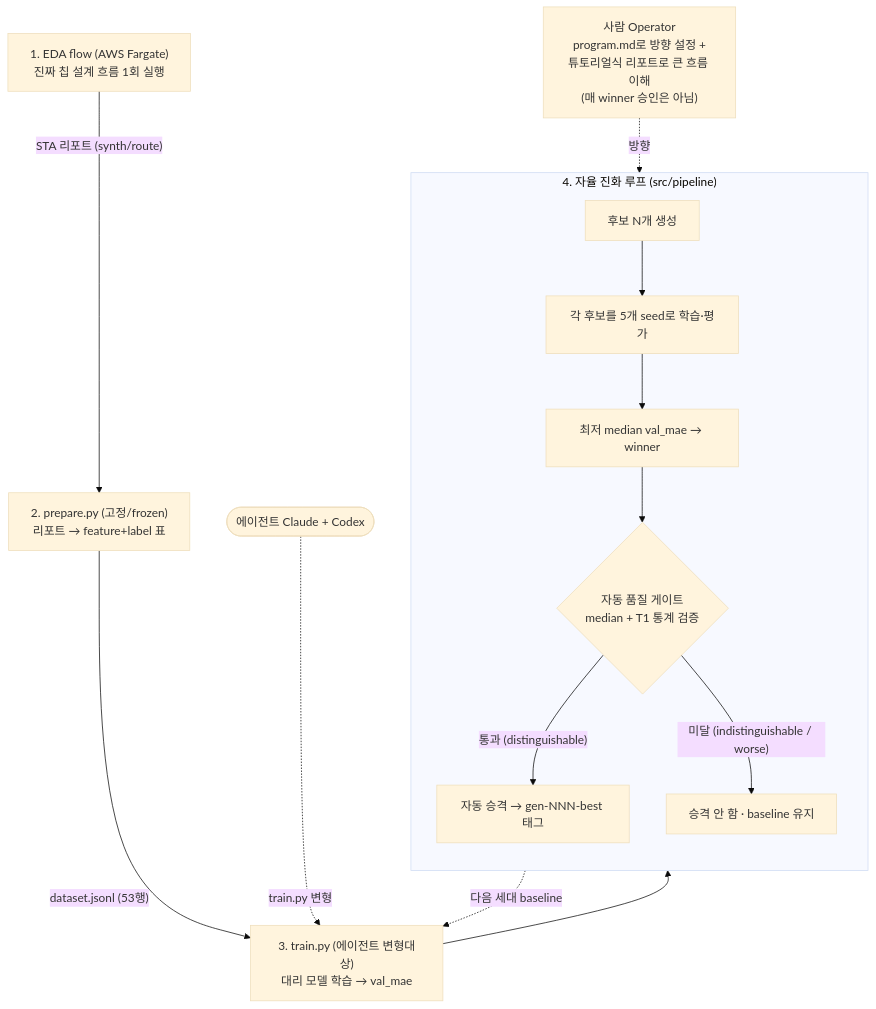
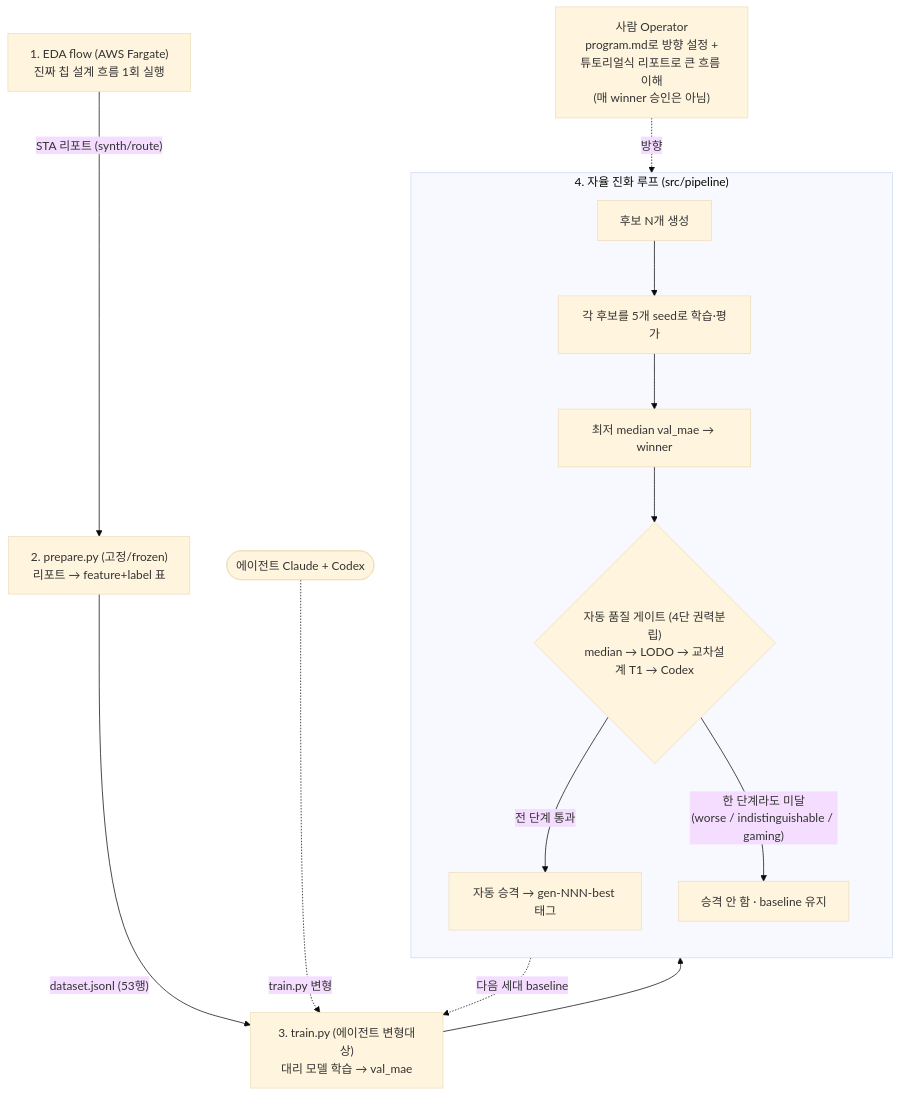
The diagram in README.md (roboco-io/semiconductor-design), drawn with Mermaid (base theme) before and after one commit. The commit also changed other lines of this file and 2 other files, not shown here.

First line of the commit message:
docs(reader): 독자용 문서를 gen-008·4단 게이트까지 정합

````diff
--- a/README.md
+++ b/README.md
@@ -30,25 +30,25 @@
 ```mermaid
 flowchart TD
     A["1. EDA flow (AWS Fargate)<br/>진짜 칩 설계 흐름 1회 실행"]
     B["2. prepare.py (고정/frozen)<br/>리포트 → feature+label 표"]
     C["3. train.py (에이전트 변형대상)<br/>대리 모델 학습 → val_mae"]
     AG(["에이전트 Claude + Codex"])
     OP["사람 Operator<br/>program.md로 방향 설정 +<br/>튜토리얼식 리포트로 큰 흐름 이해<br/>(매 winner 승인은 아님)"]
 
     A -->|"STA 리포트 (synth/route)"| B
     B -->|"dataset.jsonl (53행)"| C
     AG -.->|"train.py 변형"| C
 
     subgraph D["4. 자율 진화 루프 (src/pipeline)"]
         direction TB
         D1["후보 N개 생성"] --> D2["각 후보를 5개 seed로 학습·평가"]
         D2 --> D3["최저 median val_mae → winner"]
-        D3 --> D4{"자동 품질 게이트<br/>median + T1 통계 검증"}
-        D4 -->|"통과 (distinguishable)"| D5["자동 승격 → gen-NNN-best 태그"]
-        D4 -->|"미달 (indistinguishable / worse)"| D6["승격 안 함 · baseline 유지"]
+        D3 --> D4{"자동 품질 게이트 (4단 권력분립)<br/>median → LODO → 교차설계 T1 → Codex"}
+        D4 -->|"전 단계 통과"| D5["자동 승격 → gen-NNN-best 태그"]
+        D4 -->|"한 단계라도 미달<br/>(worse / indistinguishable / gaming)"| D6["승격 안 함 · baseline 유지"]
     end
 
     C --> D1
     OP -.->|"방향"| D1
     D5 -.->|"다음 세대 baseline"| C
 ```
````
